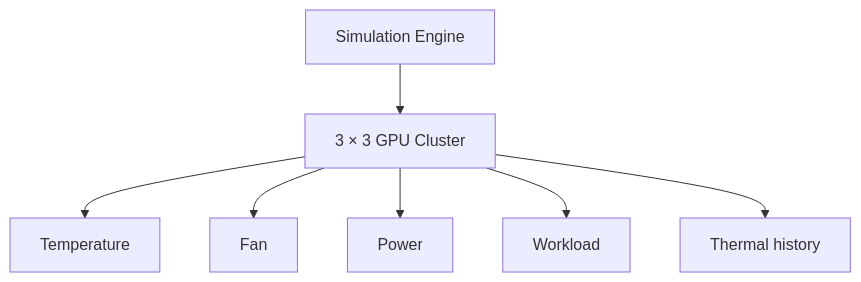
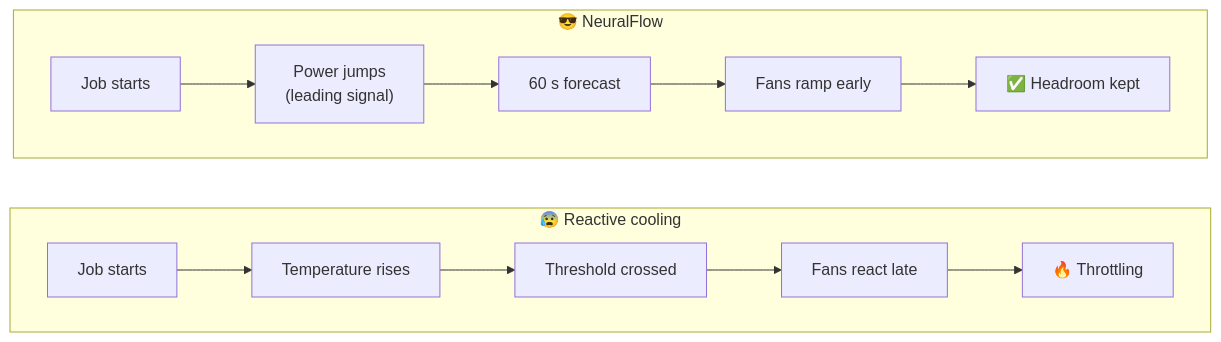
Before and after one commit to its-yashjai/thecool: the first of 8 diagrams in thecool-main/NeuralFlow_README.md, drawn with Mermaid. The commit also changed other lines of this file, not shown here.

First line of the commit message:
v8: rewrite README with Mermaid diagrams and current, honest numbers

````diff
--- a/thecool-main/NeuralFlow_README.md
+++ b/thecool-main/NeuralFlow_README.md
@@ -95,9 +28,11 @@
 ```mermaid
-flowchart TB
-    S["Simulation Engine"] --> G["3 × 3 GPU Cluster"]
-    G --> T["Temperature"]
-    G --> F["Fan"]
-    G --> P["Power"]
-    G --> W["Workload"]
-    G --> H["Thermal history"]
+flowchart LR
+    subgraph Today["😰 Reactive cooling"]
+        direction LR
+        A1["Job starts"] --> A2["Temperature rises"] --> A3["Threshold crossed"] --> A4["Fans react late"] --> A5["🔥 Throttling"]
+    end
+    subgraph NF["😎 NeuralFlow"]
+        direction LR
+        B1["Job starts"] --> B2["Power jumps<br/>(leading signal)"] --> B3["60 s forecast"] --> B4["Fans ramp early"] --> B5["✅ Headroom kept"]
+    end
 ```
````
